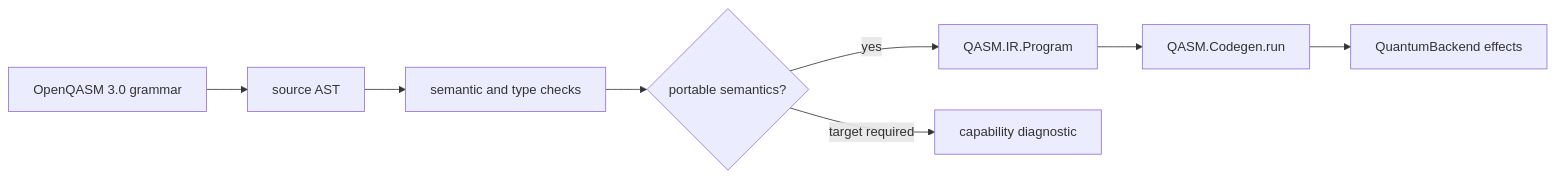
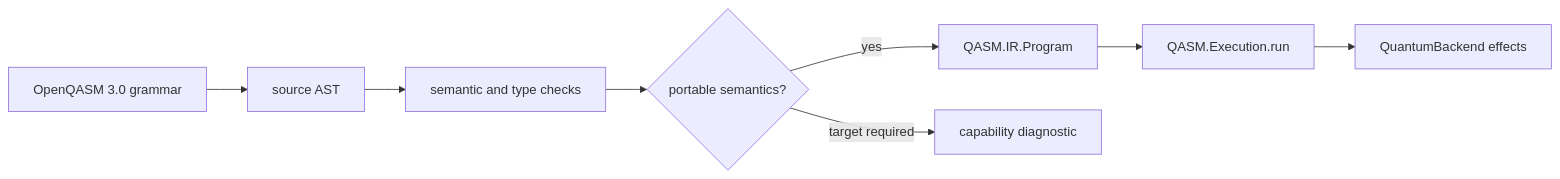
One commit to tani/lean-qasm changed the diagram in CONFORMANCE.md. Above: the diagram before and after it, drawn with Mermaid. The commit also changed other lines of this file and 7 other files, not shown here.

````diff
--- a/CONFORMANCE.md
+++ b/CONFORMANCE.md
@@ -11,10 +11,10 @@
 ```mermaid
 flowchart LR
     Grammar["OpenQASM 3.0 grammar"] --> Parsed["source AST"]
     Parsed --> Checked["semantic and type checks"]
     Checked --> Portable{"portable semantics?"}
     Portable -->|yes| IR["QASM.IR.Program"]
     Portable -->|target required| Diagnostic["capability diagnostic"]
-    IR --> Interpreter["QASM.Codegen.run"]
+    IR --> Interpreter["QASM.Execution.run"]
     Interpreter --> Backend["QuantumBackend effects"]
 ```
````
